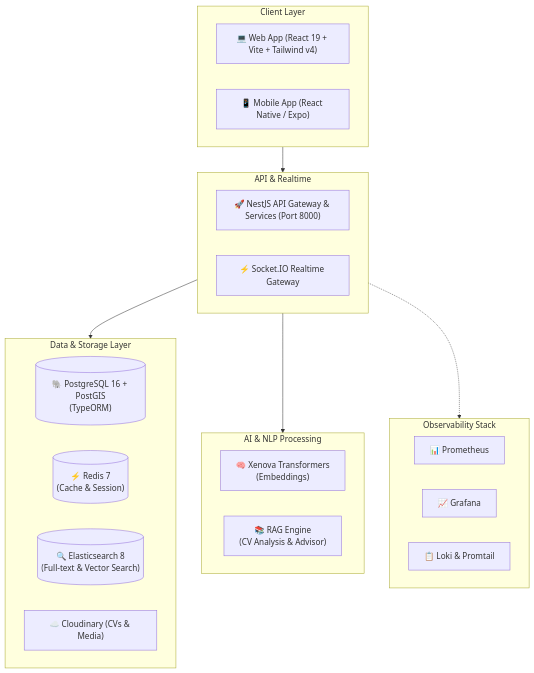
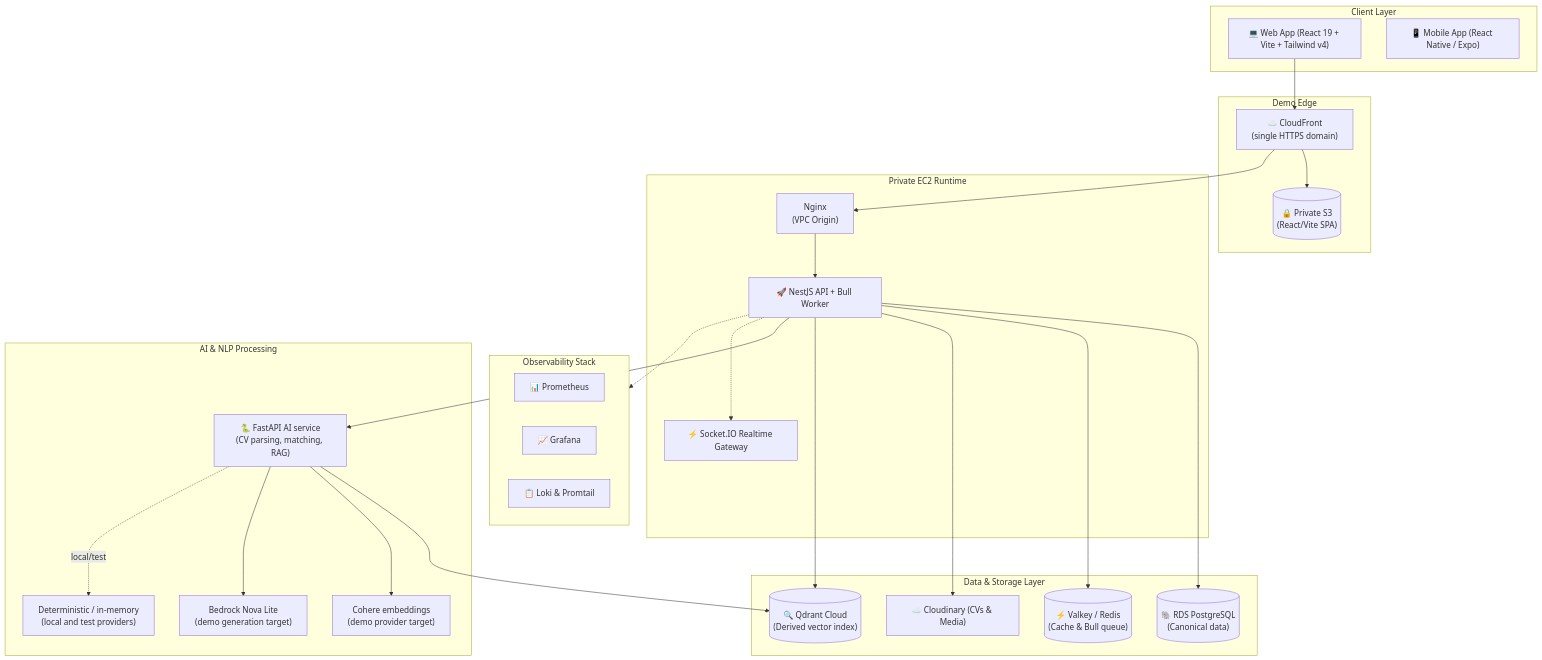
The diagram in README.md (D121104/talentpulse), drawn with Mermaid before and after one commit. The commit also changed other lines of this file and 88 other files, not shown here.

````diff
--- a/README.md
+++ b/README.md
@@ -49,35 +50,54 @@
 ```mermaid
 flowchart TB
     subgraph Client ["Client Layer"]
         Web["💻 Web App (React 19 + Vite + Tailwind v4)"]
         Mobile["📱 Mobile App (React Native / Expo)"]
     end
 
-    subgraph Gateway ["API & Realtime"]
-        Nest["🚀 NestJS API Gateway & Services (Port 8000)"]
+    subgraph Edge ["Demo Edge"]
+        CF["☁️ CloudFront\n(single HTTPS domain)"]
+        S3[("🔒 Private S3\n(React/Vite SPA)")]
+    end
+
+    subgraph Gateway ["Private EC2 Runtime"]
+        Nginx["Nginx\n(VPC Origin)"]
+        Nest["🚀 NestJS API + Bull Worker"]
         WS["⚡ Socket.IO Realtime Gateway"]
     end
 
     subgraph Data ["Data & Storage Layer"]
-        PG[("🐘 PostgreSQL 16 + PostGIS\n(TypeORM)")]
-        Redis[("⚡ Redis 7\n(Cache & Session)")]
-        ES[("🔍 Elasticsearch 8\n(Full-text & Vector Search)")]
+        PG[("🐘 RDS PostgreSQL\n(Canonical data)")]
+        Redis[("⚡ Valkey / Redis\n(Cache & Bull queue)")]
+        Qdrant[("🔍 Qdrant Cloud\n(Derived vector index)")]
         Cloudinary["☁️ Cloudinary (CVs & Media)"]
     end
 
     subgraph AI ["AI & NLP Processing"]
-        Transformers["🧠 Xenova Transformers\n(Embeddings)"]
-        RAG["📚 RAG Engine\n(CV Analysis & Advisor)"]
+        FastAPI["🐍 FastAPI AI service\n(CV parsing, matching, RAG)"]
+        Cohere["Cohere embeddings\n(demo provider target)"]
+        Nova["Bedrock Nova Lite\n(demo generation target)"]
+        Local["Deterministic / in-memory\n(local and test providers)"]
     end
 
     subgraph Monitor ["Observability Stack"]
         Prom["📊 Prometheus"]
         Graf["📈 Grafana"]
         Loki["📋 Loki & Promtail"]
     end
 
-    Client --> Gateway
-    Gateway --> Data
-    Gateway --> AI
-    Gateway -.-> Monitor
+    Web --> CF
+    CF --> S3
+    CF --> Nginx
+    Nginx --> Nest
+    Nest --> PG
+    Nest --> Redis
+    Nest --> Cloudinary
+    Nest --> Qdrant
+    Nest --> FastAPI
+    FastAPI --> Qdrant
+    FastAPI --> Cohere
+    FastAPI --> Nova
+    FastAPI -. local/test .-> Local
+    Nest -.-> WS
+    Nest -.-> Monitor
 ```
````
